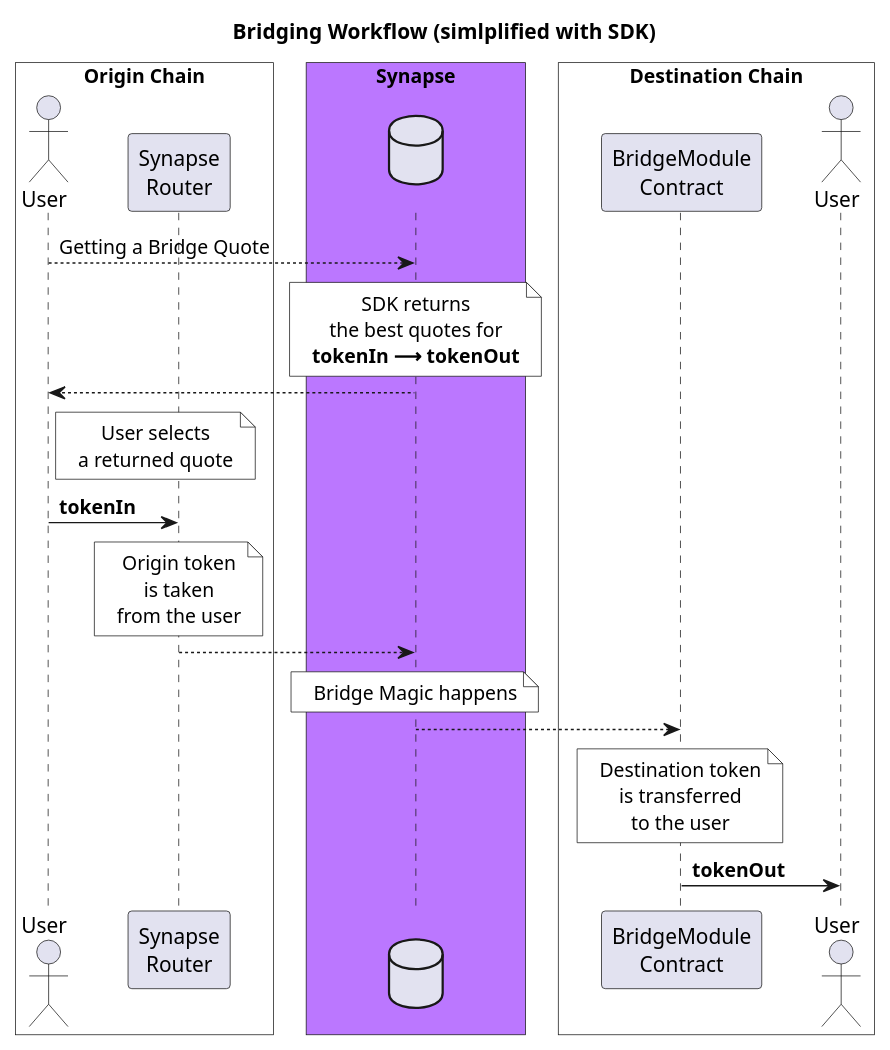
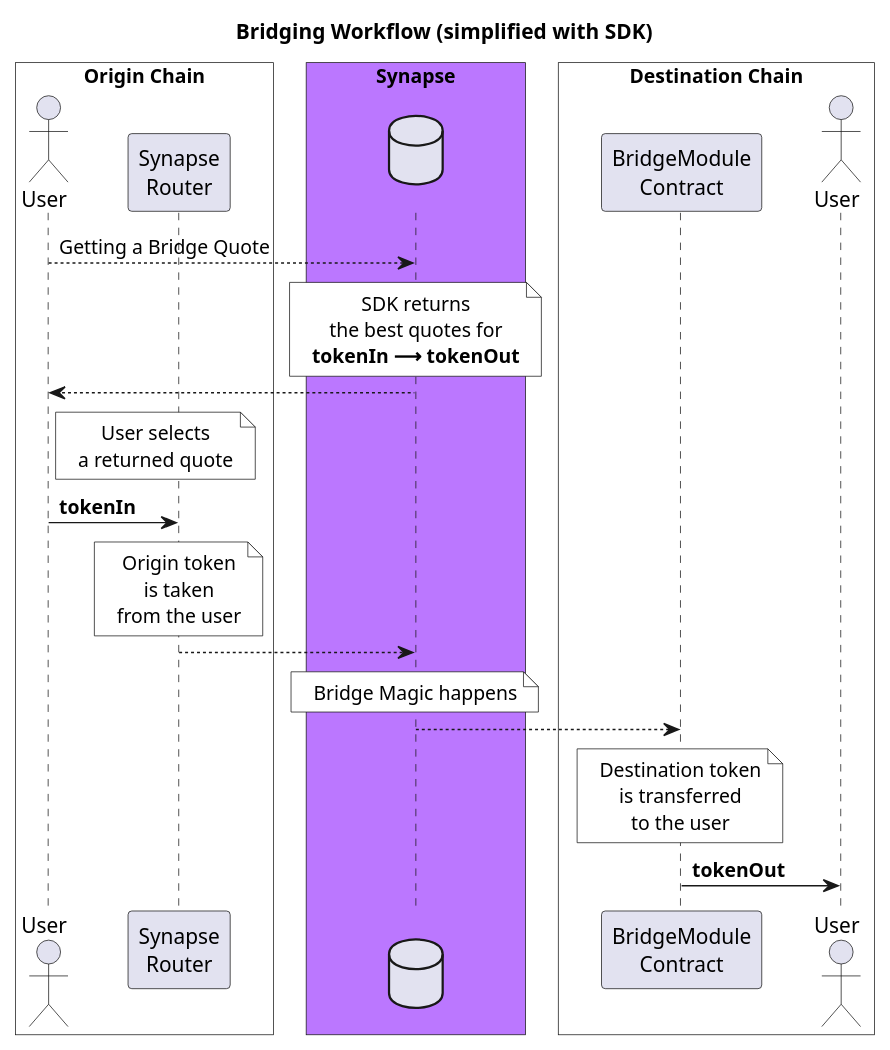
The diagram in packages/sdk-router/puml/bridging_simple.puml (synapsecns/sanguine), drawn with PlantUML before and after one commit. The commit also changed 1 other file, not shown here.

```diff
--- a/packages/sdk-router/puml/bridging_simple.puml
+++ b/packages/sdk-router/puml/bridging_simple.puml
@@ -1,49 +1,49 @@
 @startuml BridgingWorkflowSimplified
 skinparam BoxPadding 10
 skinparam ParticipantPadding 25
 skinparam NoteTextAlignment center
-title Bridging Workflow (simlplified with SDK)
+title Bridging Workflow (simplified with SDK)
 
 box "Origin Chain" #White
 actor "User" as OU
 participant "Synapse\nRouter" as OSR
 end box
 
 box "             Synapse             " #bb77ff
 database " " as SYN
 end box
 
 box "Destination Chain" #White
 participant "BridgeModule\nContract" as DBM
 actor "User" as DU
 end box
 
 OU --> SYN: Getting a Bridge Quote
 note over SYN #White
     SDK returns
     the best quotes for
     **tokenIn ⟶ tokenOut**
 end note
 SYN --> OU
 note right of OU #White
     User selects
     a returned quote
 end note
 OU -> OSR: **tokenIn**
 note over OSR #White
     Origin token
     is taken
     from the user
 end note
 OSR --> SYN
 note over SYN #White
     Bridge Magic happens
 end note
 SYN --> DBM
 note over DBM #White
     Destination token
     is transferred
     to the user
 end note
 DBM -> DU: **tokenOut**
 @enduml
```
